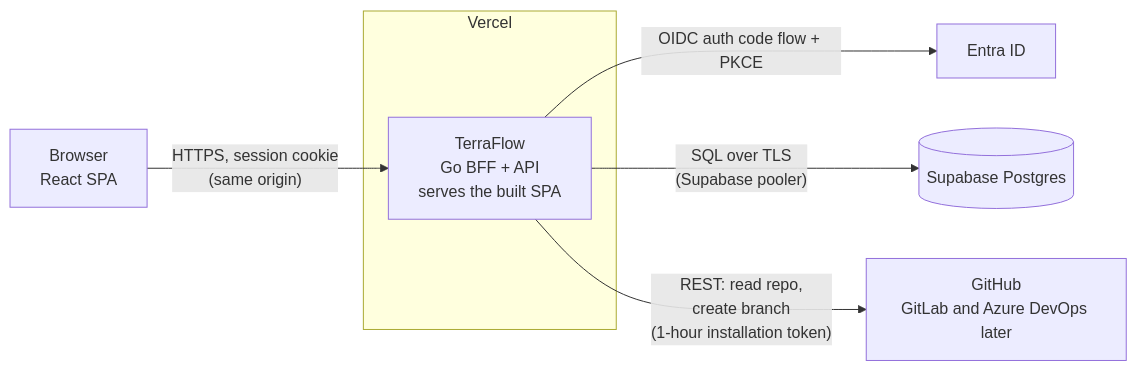
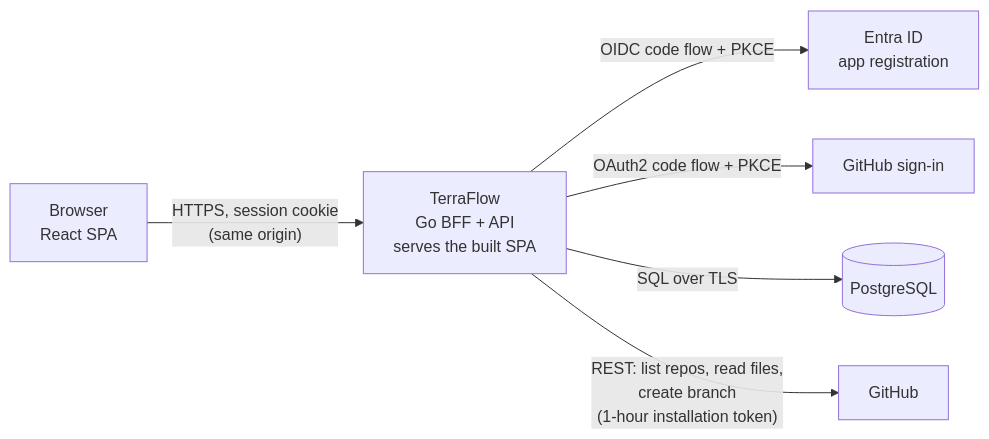
The diagram in docs/02-tech-stack.md (Anmewzaa/TerraFlow), drawn with Mermaid before and after one commit. The commit also changed other lines of this file and 9 other files, not shown here.

First line of the commit message:
docs: Phase 8 rewritten: GitHub, user-owned projects, two-layer connection, GitHub and Entra sign-in; D-049 and D-050

````diff
--- a/docs/02-tech-stack.md
+++ b/docs/02-tech-stack.md
@@ -7,12 +7,11 @@
 ```mermaid
 flowchart LR
     U[Browser<br/>React SPA] -- "HTTPS, session cookie<br/>(same origin)" --> T
 
-    subgraph V[Vercel]
-        T[TerraFlow<br/>Go BFF + API<br/>serves the built SPA]
-    end
+    T[TerraFlow<br/>Go BFF + API<br/>serves the built SPA]
 
-    T -- OIDC auth code flow + PKCE --> E[Entra ID]
-    T -- "SQL over TLS<br/>(Supabase pooler)" --> P[(Supabase Postgres)]
-    T -- "REST: read repo,<br/>create branch<br/>(1-hour installation token)" --> G[GitHub<br/>GitLab and Azure DevOps later]
+    T -- "OIDC code flow + PKCE" --> E[Entra ID<br/>app registration]
+    T -- "OAuth2 code flow + PKCE" --> H[GitHub sign-in]
+    T -- "SQL over TLS" --> P[(PostgreSQL)]
+    T -- "REST: list repos, read files,<br/>create branch<br/>(1-hour installation token)" --> G[GitHub]
 ```
````
